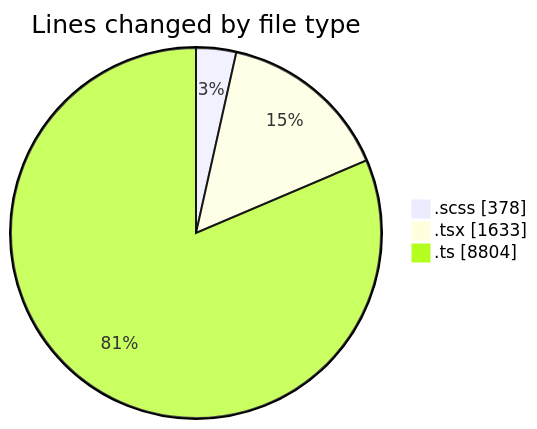
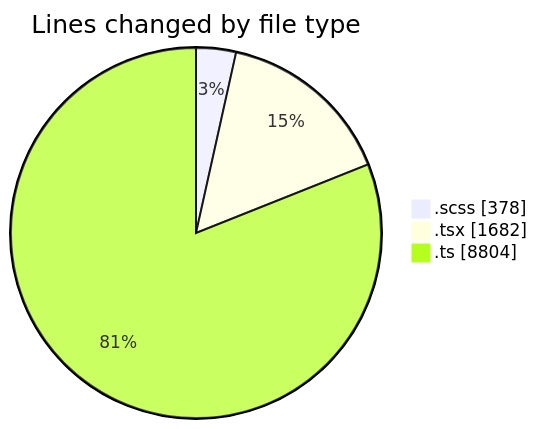
One commit to momahboobian/code-tracking changed the first of 2 diagrams in 2025-03-04/cda/README.md. Above: the diagram before and after it, drawn with Mermaid. The commit also changed other lines of this file and 1 other file, not shown here.

````diff
--- a/2025-03-04/cda/README.md
+++ b/2025-03-04/cda/README.md
@@ -38,7 +38,7 @@
 ```mermaid
 pie showData
 title Lines changed by file type
 ".scss" : 378
-".tsx" : 1633
+".tsx" : 1682
 ".ts" : 8804
 ```
````
